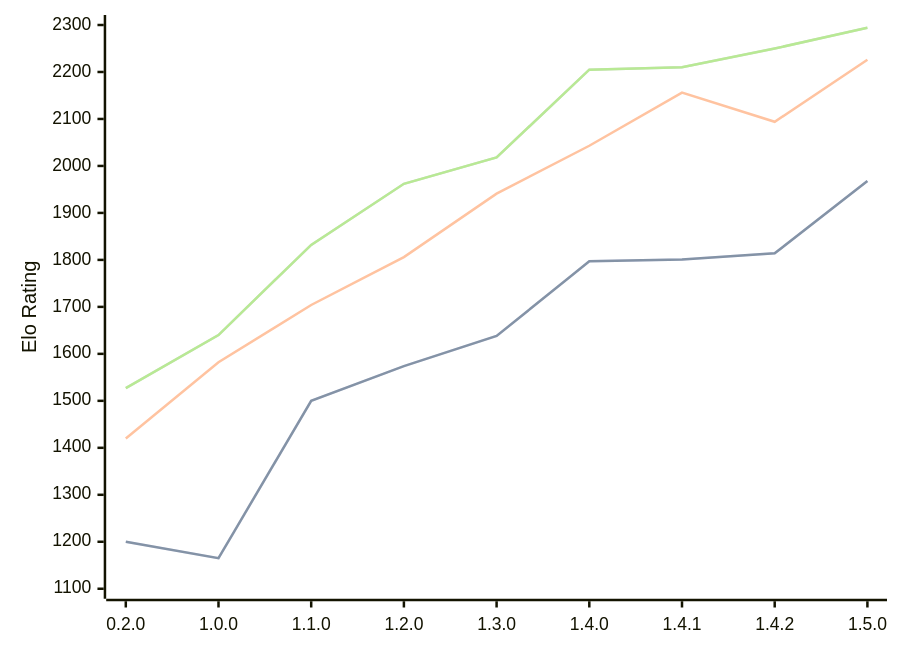
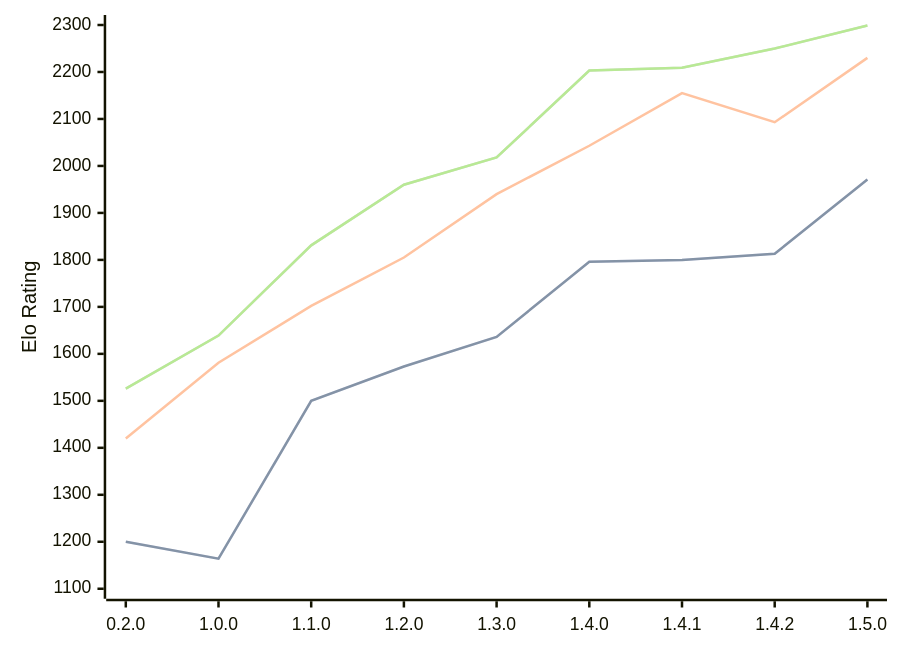
One commit to computer-chess-index/cci changed the diagram in engines/Zeppelin.md. Above: the diagram before and after it, drawn with Mermaid. The commit also changed other lines of this file, not shown here.

Commit message:
Update CCI Ratings (ELO VLTC) - 2026-04-16

````diff
--- a/engines/Zeppelin.md
+++ b/engines/Zeppelin.md
@@ -41,11 +41,11 @@
 ```mermaid
 %%{init: {"theme":"base","themeVariables":{"seriesColors:['#a3a3a3','#222221','#faa371']}}}%%
 xychart-beta
   x-axis ["0.2.0", "1.0.0", "1.1.0", "1.2.0", "1.3.0", "1.4.0", "1.4.1", "1.4.2", "1.5.0"]
   y-axis "Elo Rating" 1100 --> 2300
-  line "STC (8.0+0.08s)" [1200, 1165, 1500, 1574, 1638, 1797, 1801, 1814, 1968]
-  line "STC (8.0+0.08s)" [1200, 1165, 1500, 1574, 1638, 1797, 1801, 1814, 1968]
-  line "LTC (60.0+0.60s)" [1420, 1582, 1704, 1806, 1941, 2043, 2156, 2094, 2226]
-  line "VLTC (2m24s+1.12s)" [1527, 1640, 1832, 1962, 2018, 2205, 2210, 2250, 2294]
-  line "VLTC (2m24s+1.12s)" [1527, 1640, 1832, 1962, 2018, 2205, 2210, 2250, 2294]
+  line "STC (8.0+0.08s)" [1200, 1164, 1500, 1573, 1636, 1796, 1800, 1813, 1971]
+  line "STC (8.0+0.08s)" [1200, 1164, 1500, 1573, 1636, 1796, 1800, 1813, 1971]
+  line "LTC (60.0+0.60s)" [1420, 1581, 1702, 1805, 1940, 2043, 2155, 2093, 2230]
+  line "VLTC (2m24s+1.12s)" [1526, 1639, 1831, 1960, 2018, 2203, 2209, 2250, 2299]
+  line "VLTC (2m24s+1.12s)" [1526, 1639, 1831, 1960, 2018, 2203, 2209, 2250, 2299]
 ```
````
